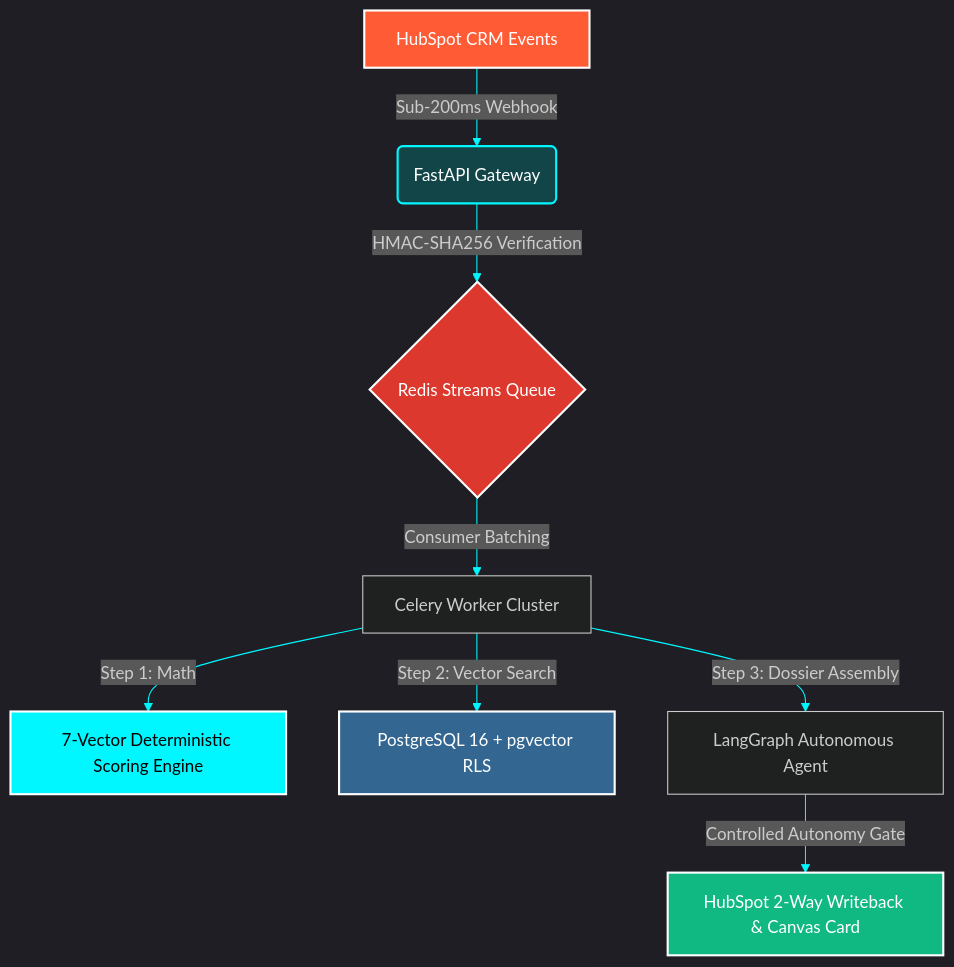
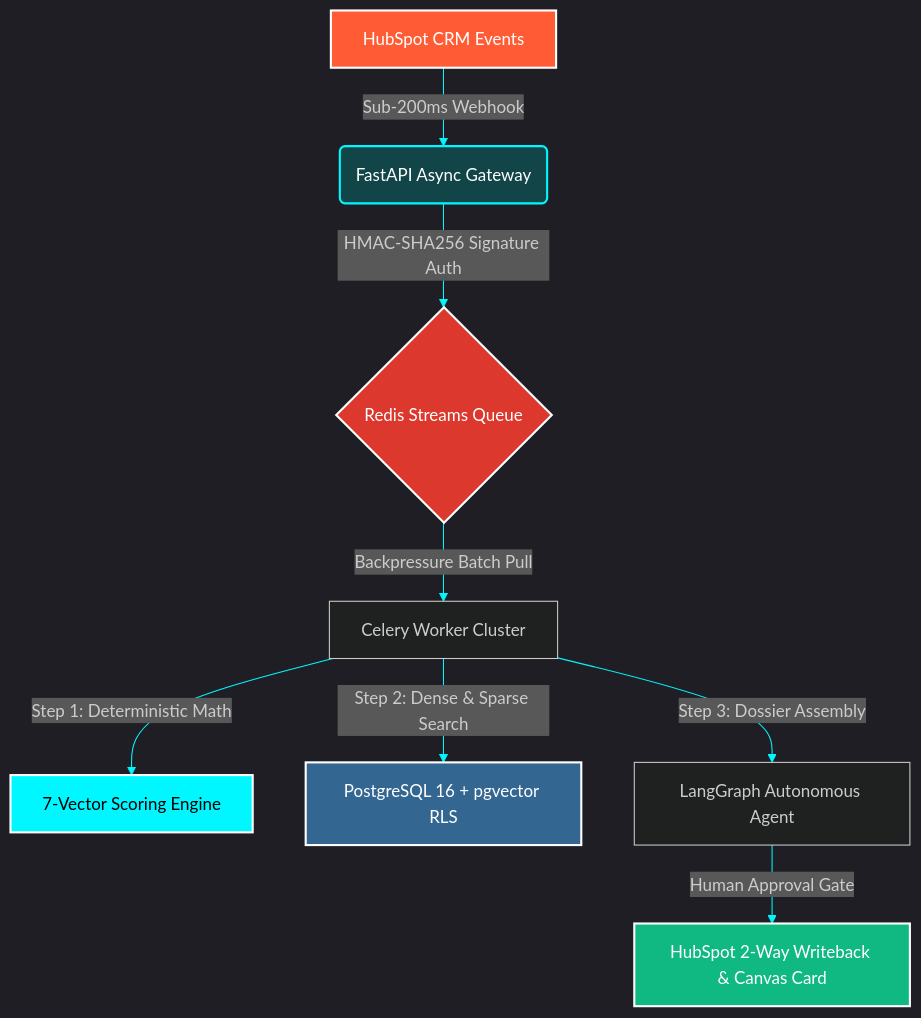
One commit to peashdasrudra/peashdasrudra changed the first of 3 diagrams in README.md. Above: the diagram before and after it, drawn with Mermaid. The commit also changed other lines of this file, not shown here.

````diff
--- a/README.md
+++ b/README.md
@@ -181,17 +228,17 @@
 ```mermaid
 %%{init: {'theme':'dark', 'themeVariables': { 'primaryColor':'#00F7FF','primaryTextColor':'#fff','primaryBorderColor':'#00F7FF','lineColor':'#00F7FF','secondaryColor':'#1a1a1a','tertiaryColor':'#0D1117'}}}%%
 graph TD
-    A[HubSpot CRM Events] -->|Sub-200ms Webhook| B(FastAPI Gateway)
-    B -->|HMAC-SHA256 Verification| C{Redis Streams Queue}
-    C -->|Consumer Batching| D[Celery Worker Cluster]
-    D -->|Step 1: Math| E[7-Vector Deterministic Scoring Engine]
-    D -->|Step 2: Vector Search| F[PostgreSQL 16 + pgvector RLS]
+    A[HubSpot CRM Events] -->|Sub-200ms Webhook| B(FastAPI Async Gateway)
+    B -->|HMAC-SHA256 Signature Auth| C{Redis Streams Queue}
+    C -->|Backpressure Batch Pull| D[Celery Worker Cluster]
+    D -->|Step 1: Deterministic Math| E[7-Vector Scoring Engine]
+    D -->|Step 2: Dense & Sparse Search| F[PostgreSQL 16 + pgvector RLS]
     D -->|Step 3: Dossier Assembly| G[LangGraph Autonomous Agent]
-    G -->|Controlled Autonomy Gate| H[HubSpot 2-Way Writeback & Canvas Card]
+    G -->|Human Approval Gate| H[HubSpot 2-Way Writeback & Canvas Card]
     style A fill:#FF5C35,stroke:#fff,stroke-width:2px,color:#fff
     style B fill:#124548,stroke:#00F7FF,stroke-width:2px,color:#fff
     style C fill:#DC382D,stroke:#fff,stroke-width:2px,color:#fff
     style E fill:#00F7FF,stroke:#fff,stroke-width:2px,color:#000
     style F fill:#336791,stroke:#fff,stroke-width:2px,color:#fff
     style H fill:#10b981,stroke:#fff,stroke-width:2px,color:#fff
 ```
````
